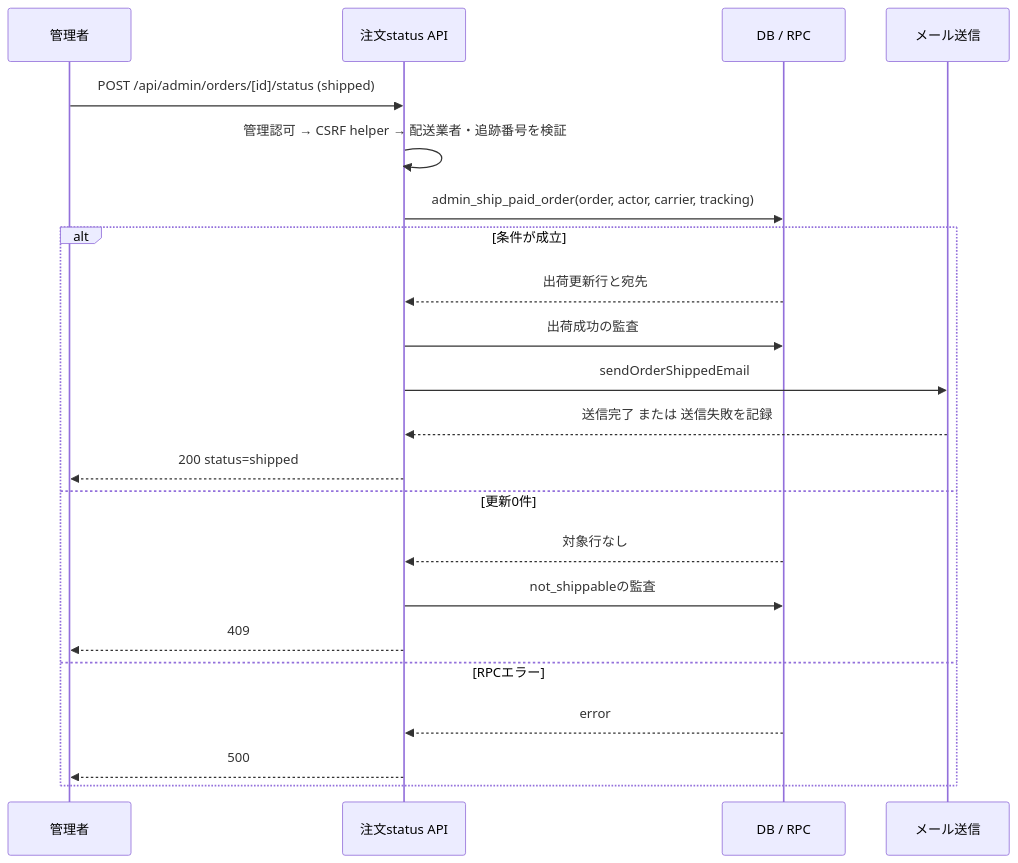
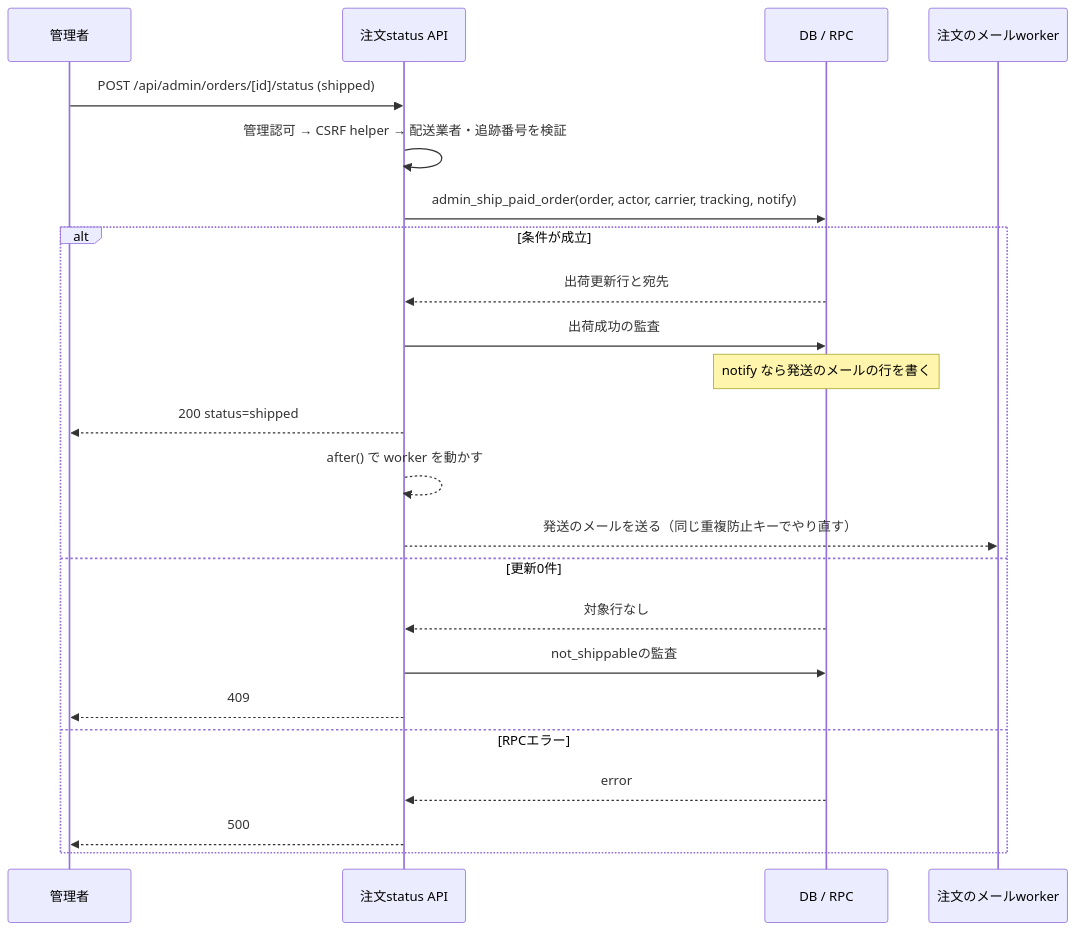
The second of 5 diagrams in docs/04_DetailDesign/sequence/order-administration.md (ChocoWork/o_official), drawn with Mermaid before and after one commit. The commit also changed other lines of this file and 15 other files, not shown here.

````diff
--- a/docs/04_DetailDesign/sequence/order-administration.md
+++ b/docs/04_DetailDesign/sequence/order-administration.md
@@ -109,24 +104,25 @@
 ```mermaid
 sequenceDiagram
     participant Admin as 管理者
     participant API as 注文status API
     participant DB as DB / RPC
-    participant Mail as メール送信
+    participant Mail as 注文のメールworker
     Admin->>API: POST /api/admin/orders/[id]/status (shipped)
     API->>API: 管理認可 → CSRF helper → 配送業者・追跡番号を検証
-    API->>DB: admin_ship_paid_order(order, actor, carrier, tracking)
+    API->>DB: admin_ship_paid_order(order, actor, carrier, tracking, notify)
     alt 条件が成立
         DB-->>API: 出荷更新行と宛先
         API->>DB: 出荷成功の監査
-        API->>Mail: sendOrderShippedEmail
-        Mail-->>API: 送信完了 または 送信失敗を記録
+        Note over DB: notify なら発送のメールの行を書く
         API-->>Admin: 200 status=shipped
+        API-->>API: after() で worker を動かす
+        API-->>Mail: 発送のメールを送る（同じ重複防止キーでやり直す）
     else 更新0件
         DB-->>API: 対象行なし
         API->>DB: not_shippableの監査
         API-->>Admin: 409
     else RPCエラー
         DB-->>API: error
         API-->>Admin: 500
     end
 ```
````
